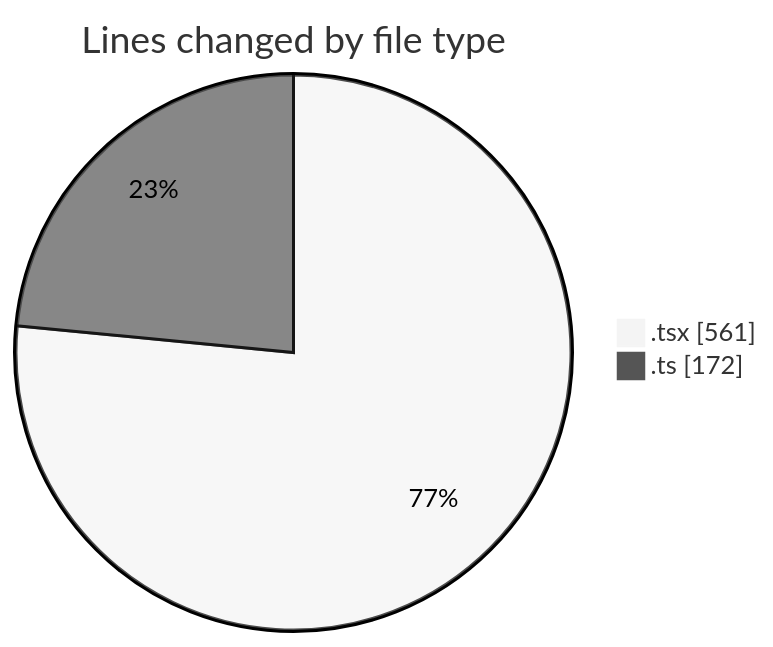
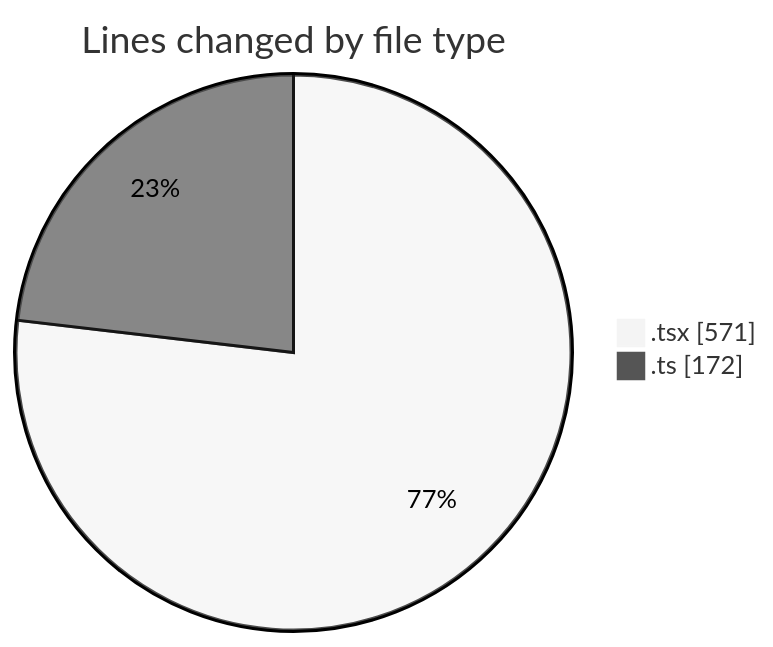
The first of 2 diagrams in 2026-02-17/nxtqube_webapp/README.md (nxtqubesakshisongat/code-tracking), drawn with Mermaid (neutral theme) before and after one commit. The commit also changed other lines of this file and 1 other file, not shown here.

````diff
--- a/2026-02-17/nxtqube_webapp/README.md
+++ b/2026-02-17/nxtqube_webapp/README.md
@@ -23,6 +23,6 @@
 ```mermaid
 pie showData
 title Lines changed by file type
-".tsx" : 561
+".tsx" : 571
 ".ts" : 172
 ```
````
